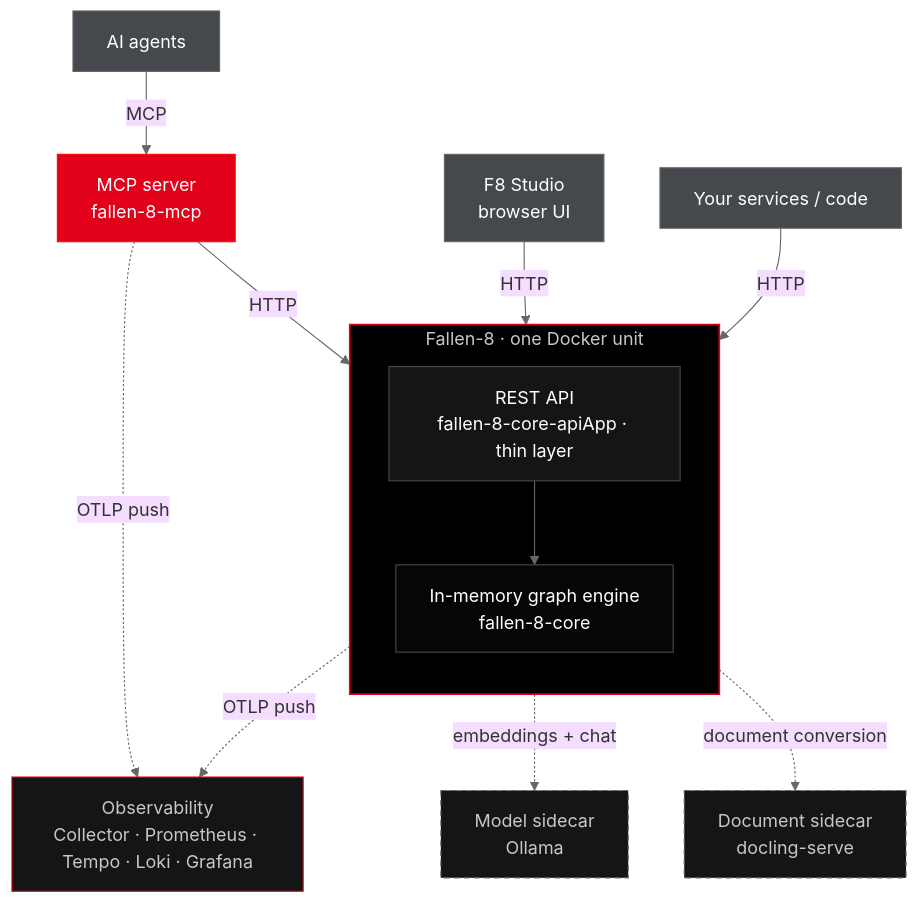
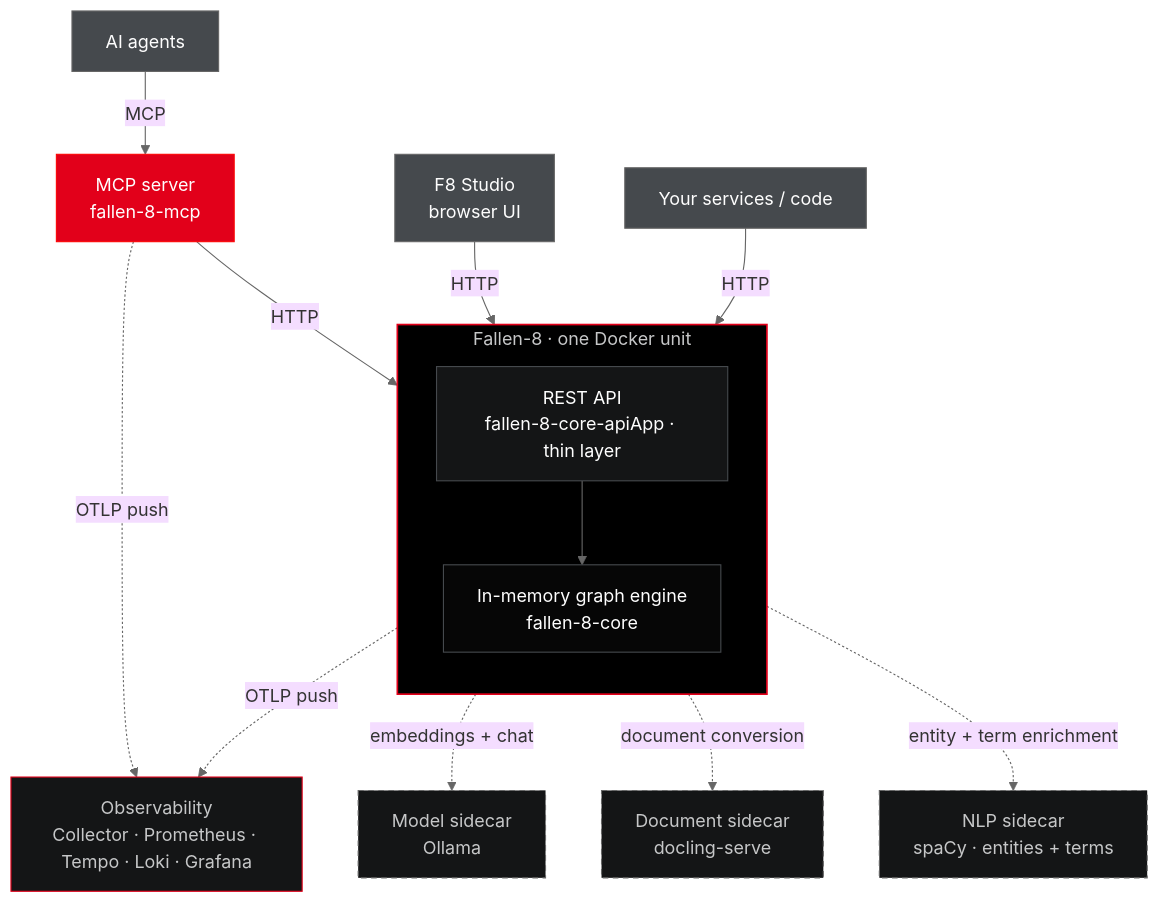
Before and after one commit to cosh/fallen-8-core: the diagram in README.md, drawn with Mermaid. The commit also changed 9 other files, not shown here.

````diff
--- a/README.md
+++ b/README.md
@@ -81,37 +81,39 @@
 ```mermaid
 %%{init: {'theme':'base','themeVariables':{'fontFamily':'ui-monospace, SFMono-Regular, Menlo, Consolas, monospace','lineColor':'#666666'}}}%%
 flowchart TB
     agents["AI agents"]:::client
     studio["F8 Studio<br/>browser UI"]:::client
     services["Your services / code"]:::client
 
     mcp["MCP server<br/>fallen-8-mcp"]:::mcp
 
     subgraph unit["Fallen-8 · one Docker unit"]
         direction TB
         rest["REST API<br/>fallen-8-core-apiApp · thin layer"]:::api
         engine["In-memory graph engine<br/>fallen-8-core"]:::engine
         rest --> engine
     end
 
     sidecar["Model sidecar<br/>Ollama"]:::ext
     docling["Document sidecar<br/>docling-serve"]:::ext
+    nlp["NLP sidecar<br/>spaCy · entities + terms"]:::ext
     obs["Observability<br/>Collector · Prometheus · Tempo · Loki · Grafana"]:::obs
 
     agents -->|MCP| mcp
     mcp -->|HTTP| rest
     studio -->|HTTP| rest
     services -->|HTTP| rest
     rest -.->|embeddings + chat| sidecar
     rest -.->|document conversion| docling
+    rest -.->|entity + term enrichment| nlp
     rest -.->|OTLP push| obs
     mcp -.->|OTLP push| obs
 
     classDef client fill:#45494D,stroke:#666666,color:#FEFEFE
     classDef mcp fill:#E2001A,stroke:#FC0606,color:#FEFEFE
     classDef api fill:#141516,stroke:#45494D,color:#FEFEFE
     classDef engine fill:#060606,stroke:#45494D,color:#FEFEFE
     classDef ext fill:#141516,stroke:#666666,color:#C6C7C8,stroke-dasharray:5 4
     classDef obs fill:#141516,stroke:#E2001A,color:#C6C7C8
     style unit fill:#000000,stroke:#E2001A,stroke-width:1.5px,color:#C6C7C8
 ```
````
